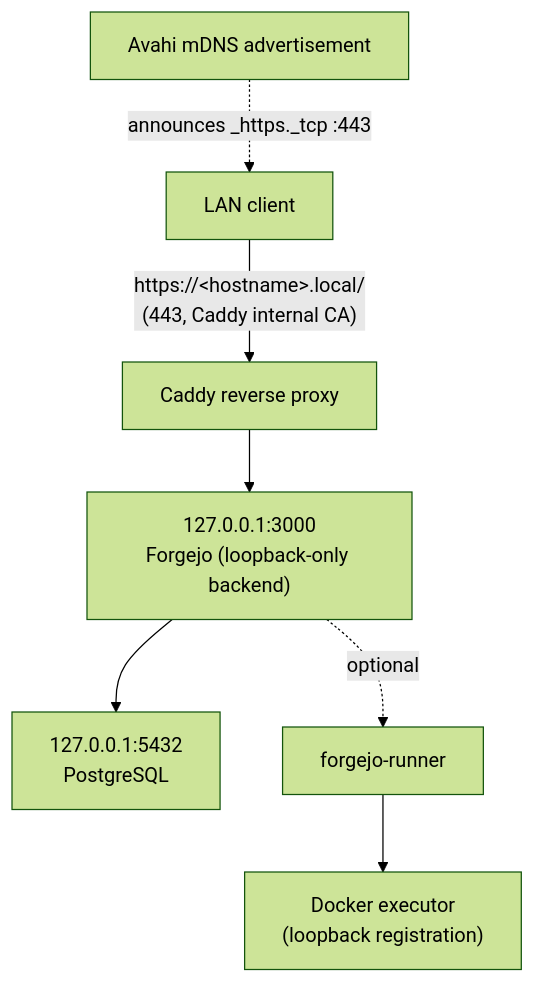
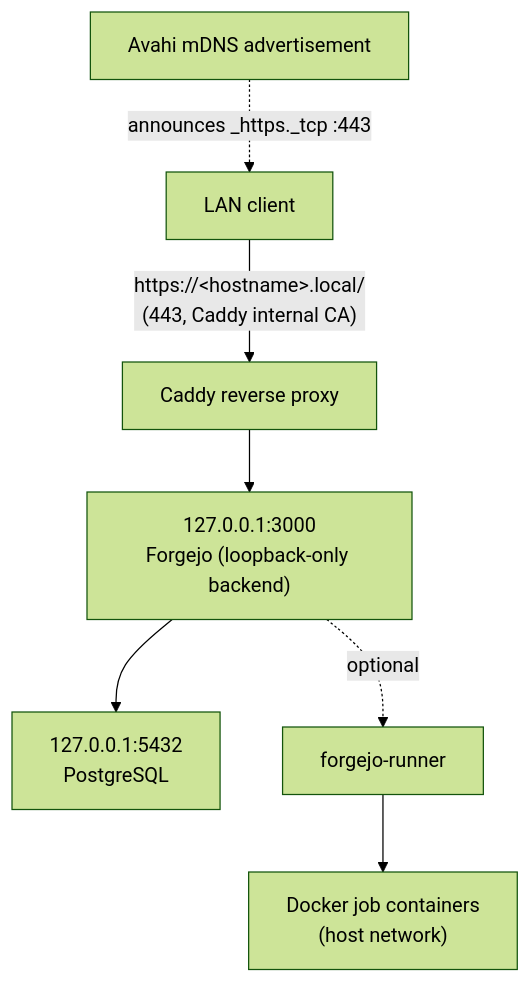
One commit to japer-technology/ubuntu-zombie changed the diagram in docs/FORGEJO.md. Above: the diagram before and after it, drawn with Mermaid (forest theme). The commit also changed other lines of this file and 6 other files, not shown here.

````diff
--- a/docs/FORGEJO.md
+++ b/docs/FORGEJO.md
@@ -16,9 +16,9 @@
 ```mermaid
 flowchart TD
     client["LAN client"] -->|"https://&lt;hostname&gt;.local/<br/>(443, Caddy internal CA)"| caddy["Caddy reverse proxy"]
     avahi["Avahi mDNS advertisement"] -.->|"announces _https._tcp :443"| client
     caddy --> forgejo["127.0.0.1:3000<br/>Forgejo (loopback-only backend)"]
     forgejo --> postgres["127.0.0.1:5432<br/>PostgreSQL"]
     forgejo -.->|"optional"| runner["forgejo-runner"]
-    runner --> docker["Docker executor<br/>(loopback registration)"]
+    runner --> docker["Docker job containers<br/>(host network)"]
 ```
````
